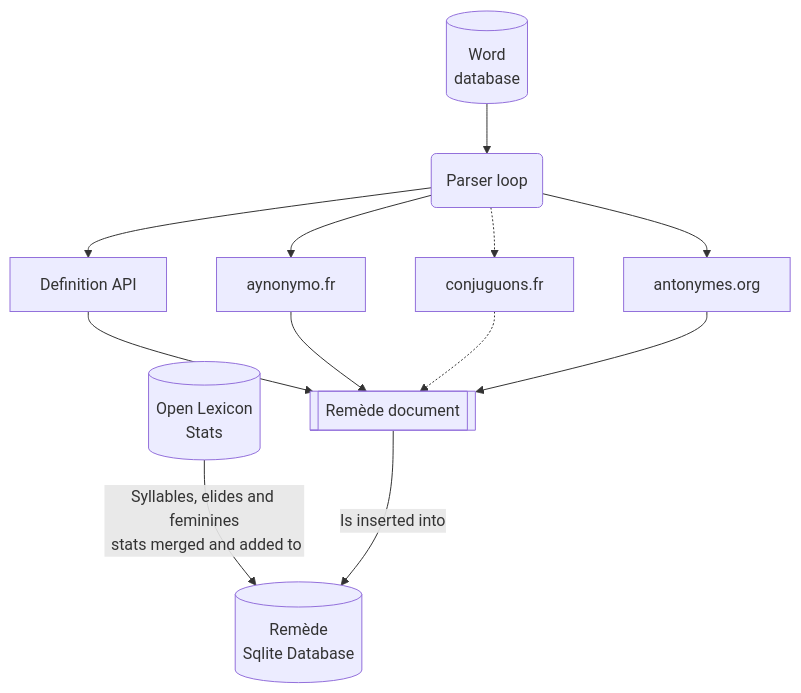
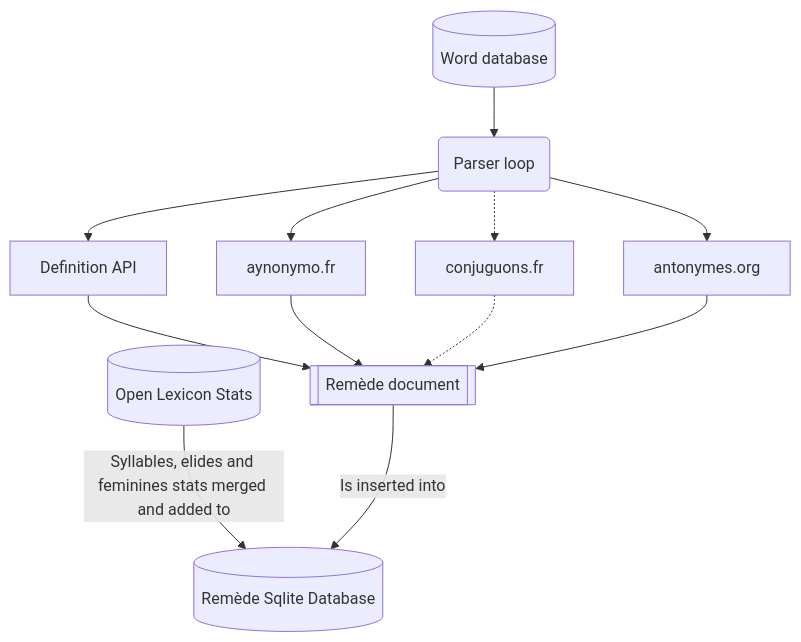
The diagram in database/build-dictionary/the-building-lifecycle.md (LabseStudio/docs.remede.camarm.fr), drawn with Mermaid before and after one commit. The commit also changed other lines of this file and 3 other files, not shown here.

````diff
--- a/database/build-dictionary/the-building-lifecycle.md
+++ b/database/build-dictionary/the-building-lifecycle.md
@@ -38,14 +38,14 @@
 ```mermaid
 flowchart TB
-  words[(Word\ndatabase)] --> Loop
+  words[(Word database)] --> Loop
   Loop(Parser loop) --> def[Definition API]
   Loop --> syn[aynonymo.fr]
   Loop --> ant[antonymes.org]
   Loop .-> conj[conjuguons.fr]
   def --> doc[[Remède document]]
   syn --> doc
   conj .-> doc
   ant --> doc
-  openlexicon[(Open Lexicon\nStats)] -- Syllables, elides and feminines\n stats merged and added to --> db
-  doc -- Is inserted into --> db[(Remède\nSqlite Database)]
+  openlexicon[(Open Lexicon Stats)] -- "Syllables, elides and feminines stats merged and added to" --> db
+  doc -- Is inserted into --> db[(Remède Sqlite Database)]
 ```
````
